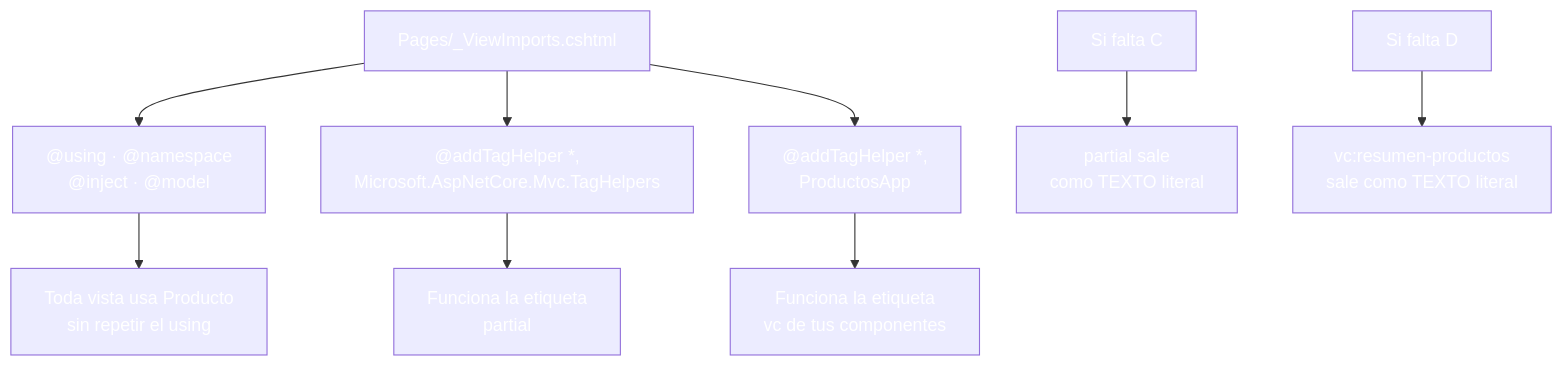
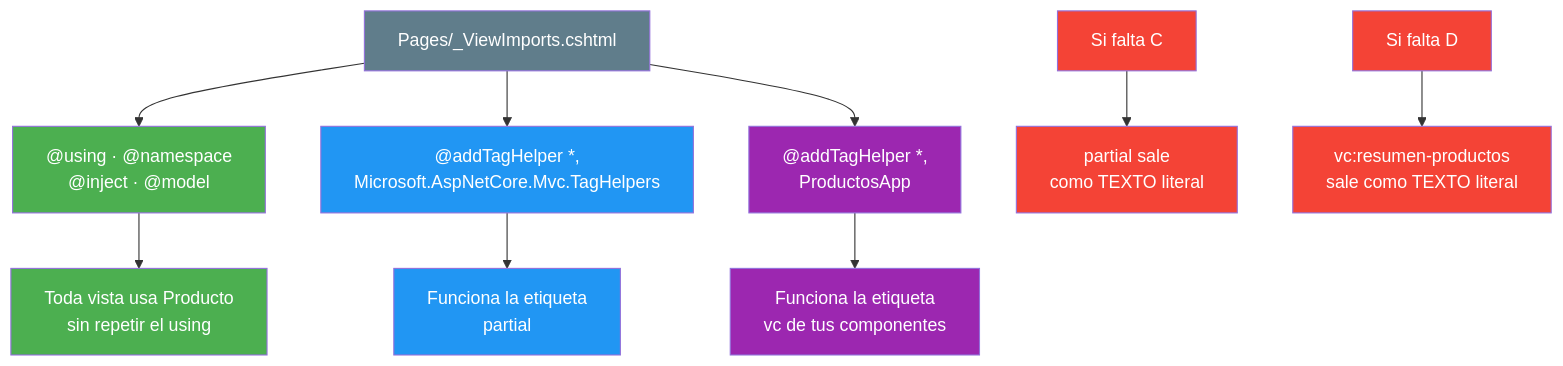
Before and after one commit to joseluisgs/DesarrolloWebEntornosServidor-03-2026-2027: the fifth of 5 diagrams in 05-layouts-partials-componentes.md, drawn with Mermaid. The commit also changed other lines of this file and 25 other files, not shown here.

Commit message:
docs: corregir los estilos Mermaid de los temas y alinear el dominio del tema 25 con ProductosApp

````diff
--- a/05-layouts-partials-componentes.md
+++ b/05-layouts-partials-componentes.md
@@ -530,25 +530,25 @@
 ```mermaid
 graph TD
     A["Pages/_ViewImports.cshtml"] --> B["@using · @namespace<br/>@inject · @model"]
     A --> C["@addTagHelper *,<br/>Microsoft.AspNetCore.Mvc.TagHelpers"]
     A --> D["@addTagHelper *,<br/>ProductosApp"]
 
     B --> B1["Toda vista usa Producto<br/>sin repetir el using"]
     C --> C1["Funciona la etiqueta<br/>partial"]
     D --> D1["Funciona la etiqueta<br/>vc de tus componentes"]
 
     E["Si falta C"] --> E1["partial sale<br/>como TEXTO literal"]
     F["Si falta D"] --> F1["vc:resumen-productos<br/>sale como TEXTO literal"]
 
-    style A fill:#607D8,color:#fffB,color:#fff
-    style B fill:#4CAF5,color:#fff0,color:#fff
-    style C fill:#2196F,color:#fff3,color:#fff
-    style D fill:#9C27B,color:#fff0,color:#fff
-    style B1 fill:#4CAF5,color:#fff0,color:#fff
-    style C1 fill:#2196F,color:#fff3,color:#fff
-    style D1 fill:#9C27B,color:#fff0,color:#fff
-    style E fill:#f4433,color:#fff6,color:#fff
-    style E1 fill:#f4433,color:#fff6,color:#fff
-    style F fill:#f4433,color:#fff6,color:#fff
-    style F1 fill:#f4433,color:#fff6,color:#fff
+    style A fill:#607D8B,color:#fff
+    style B fill:#4CAF50,color:#fff
+    style C fill:#2196F3,color:#fff
+    style D fill:#9C27B0,color:#fff
+    style B1 fill:#4CAF50,color:#fff
+    style C1 fill:#2196F3,color:#fff
+    style D1 fill:#9C27B0,color:#fff
+    style E fill:#f44336,color:#fff
+    style E1 fill:#f44336,color:#fff
+    style F fill:#f44336,color:#fff
+    style F1 fill:#f44336,color:#fff
 ```
````
